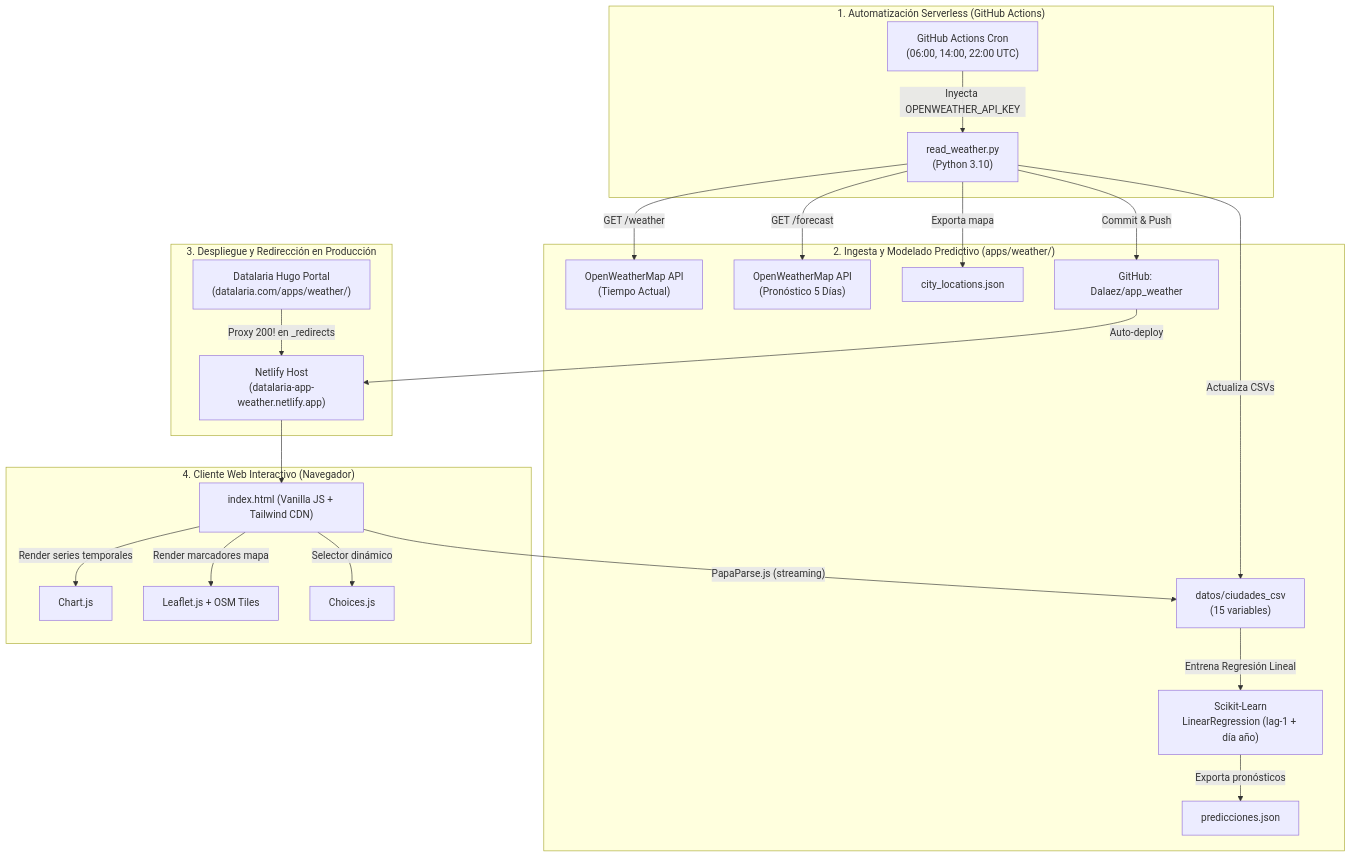
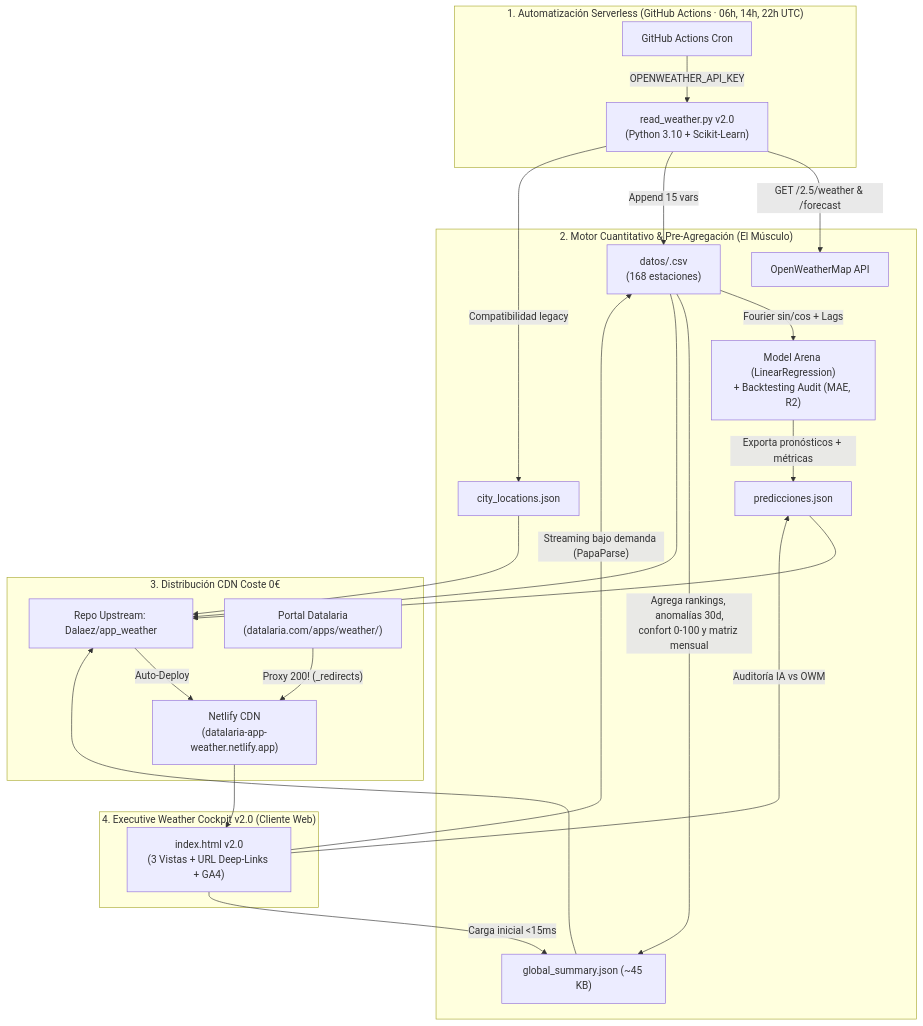
Before and after one commit to Dalaez/datalaria-website: the diagram in specs/apps/weather/spec.md, drawn with Mermaid. The commit also changed other lines of this file and 39 other files, not shown here.

Commit message:
feat(weather): complete W3.1-W3.3 data pipeline, v3 focus mode, PWA and keyless dark OSM map

````diff
--- a/specs/apps/weather/spec.md
+++ b/specs/apps/weather/spec.md
@@ -51,29 +59,28 @@
 ```mermaid
 flowchart TD
-    subgraph CRON["1. Automatización Serverless (GitHub Actions)"]
-        GHA["GitHub Actions Cron\n(06:00, 14:00, 22:00 UTC)"] -->|"Inyecta OPENWEATHER_API_KEY"| PY["read_weather.py\n(Python 3.10)"]
+    subgraph CRON["1. Automatización Serverless (GitHub Actions · 06h, 14h, 22h UTC)"]
+        GHA["GitHub Actions Cron"] -->|"OPENWEATHER_API_KEY"| PY["read_weather.py v2.0\n(Python 3.10 + Scikit-Learn)"]
     end
 
-    subgraph ETL["2. Ingesta y Modelado Predictivo (apps/weather/)"]
-        PY -->|"GET /weather"| OWM_CURRENT["OpenWeatherMap API\n(Tiempo Actual)"]
-        PY -->|"GET /forecast"| OWM_FORECAST["OpenWeatherMap API\n(Pronóstico 5 Días)"]
-        PY -->|"Actualiza CSVs"| DATA_CSV["datos/ciudades_csv\n(15 variables)"]
-        DATA_CSV -->|"Entrena Regresión Lineal"| ML["Scikit-Learn\nLinearRegression (lag-1 + día año)"]
-        ML -->|"Exporta pronósticos"| PRED["predicciones.json"]
-        PY -->|"Exporta mapa"| MAP_JSON["city_locations.json"]
-        PY -->|"Commit & Push"| REPO["GitHub: Dalaez/app_weather"]
+    subgraph ENGINE["2. Motor Cuantitativo & Pre-Agregación (El Músculo)"]
+        PY -->|"GET /2.5/weather & /forecast"| OWM["OpenWeatherMap API"]
+        PY -->|"Append 15 vars"| CSV["datos/<Ciudad>.csv\n(168 estaciones)"]
+        CSV -->|"Fourier sin/cos + Lags"| ML["Model Arena (LinearRegression)\n+ Backtesting Audit (MAE, R2)"]
+        ML -->|"Exporta pronósticos + métricas"| PRED["predicciones.json"]
+        CSV -->|"Agrega rankings, anomalías 30d,\nconfort 0-100 y matriz mensual"| SUMMARY["global_summary.json (~45 KB)"]
+        PY -->|"Compatibilidad legacy"| MAP_JSON["city_locations.json"]
     end
 
-    subgraph SERVING["3. Despliegue y Redirección en Producción"]
-        REPO -->|"Auto-deploy"| NETLIFY["Netlify Host\n(datalaria-app-weather.netlify.app)"]
-        PORTAL["Datalaria Hugo Portal\n(datalaria.com/apps/weather/)"] -->|"Proxy 200! en _redirects"| NETLIFY
+    subgraph SERVING["3. Distribución CDN Coste 0€"]
+        PRED & SUMMARY & CSV & MAP_JSON --> REPO["Repo Upstream: Dalaez/app_weather"]
+        REPO -->|"Auto-Deploy"| NETLIFY["Netlify CDN\n(datalaria-app-weather.netlify.app)"]
+        PORTAL["Portal Datalaria\n(datalaria.com/apps/weather/)"] -->|"Proxy 200! (_redirects)"| NETLIFY
     end
 
-    subgraph CLIENT["4. Cliente Web Interactivo (Navegador)"]
-        NETLIFY --> BROWSER["index.html (Vanilla JS + Tailwind CDN)"]
-        BROWSER -->|"PapaParse.js (streaming)"| DATA_CSV
-        BROWSER -->|"Render series temporales"| CHART["Chart.js"]
-        BROWSER -->|"Render marcadores mapa"| LEAFLET["Leaflet.js + OSM Tiles"]
-        BROWSER -->|"Selector dinámico"| CHOICES["Choices.js"]
+    subgraph COCKPIT["4. Executive Weather Cockpit v2.0 (Cliente Web)"]
+        NETLIFY --> UI["index.html v2.0\n(3 Vistas + URL Deep-Links + GA4)"]
+        UI -->|"Carga inicial <15ms"| SUMMARY
+        UI -->|"Auditoría IA vs OWM"| PRED
+        UI -->|"Streaming bajo demanda (PapaParse)"| CSV
     end
 ```
````
